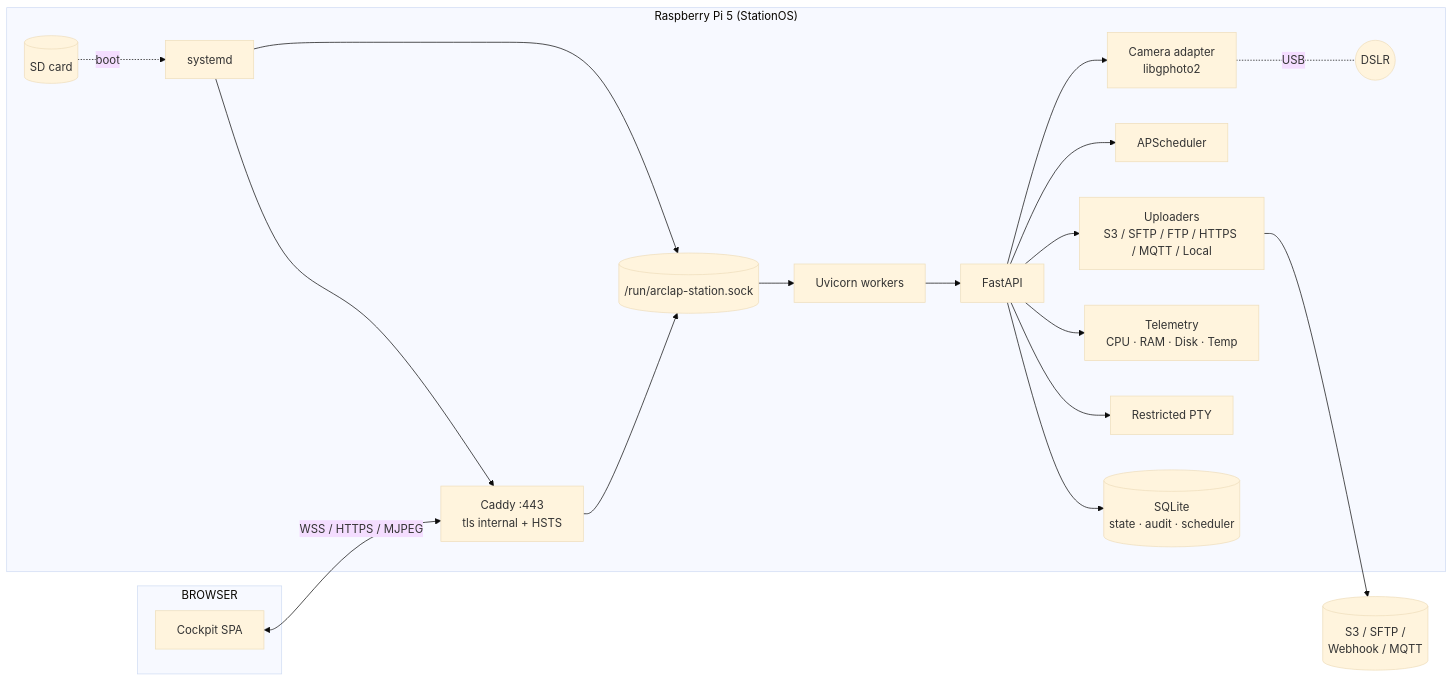
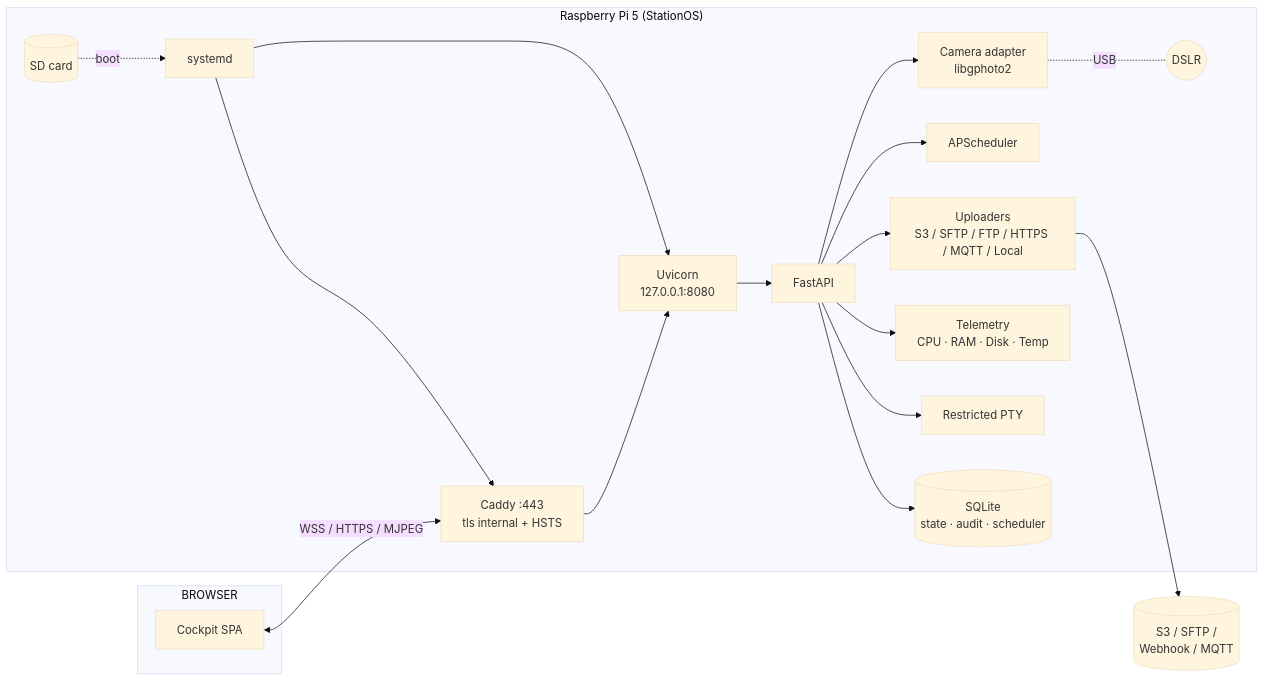
Before and after one commit to arclap-af/arclap-station: the diagram in README.md, drawn with Mermaid (base theme). The commit also changed other lines of this file, not shown here.

````diff
--- a/README.md
+++ b/README.md
@@ -156,23 +173,22 @@
 ```mermaid
 flowchart LR
     subgraph BROWSER
         UI[Cockpit SPA]
     end
     subgraph PI5["Raspberry Pi 5 (StationOS)"]
         SD[(SD card)] -.boot.-> Sysd[systemd]
         Sysd --> Caddy[Caddy :443<br/>tls internal + HSTS]
-        Sysd --> Socket[(/run/arclap-station.sock)]
-        Caddy --> Socket
-        Socket --> Uvicorn[Uvicorn workers]
+        Sysd --> Uvicorn[Uvicorn<br/>127.0.0.1:8080]
+        Caddy --> Uvicorn
         Uvicorn --> API[FastAPI]
         API --> CAM[Camera adapter<br/>libgphoto2]
         API --> SCH[APScheduler]
         API --> UPL[Uploaders<br/>S3 / SFTP / FTP / HTTPS / MQTT / Local]
         API --> TEL[Telemetry<br/>CPU · RAM · Disk · Temp]
         API --> PTY[Restricted PTY]
         API --> DB[(SQLite<br/>state · audit · scheduler)]
         CAM -. USB .- DSLR((DSLR))
     end
     UI <-- WSS / HTTPS / MJPEG --> Caddy
     UPL --> CLOUD[(S3 / SFTP /<br/>Webhook / MQTT)]
 ```
````
